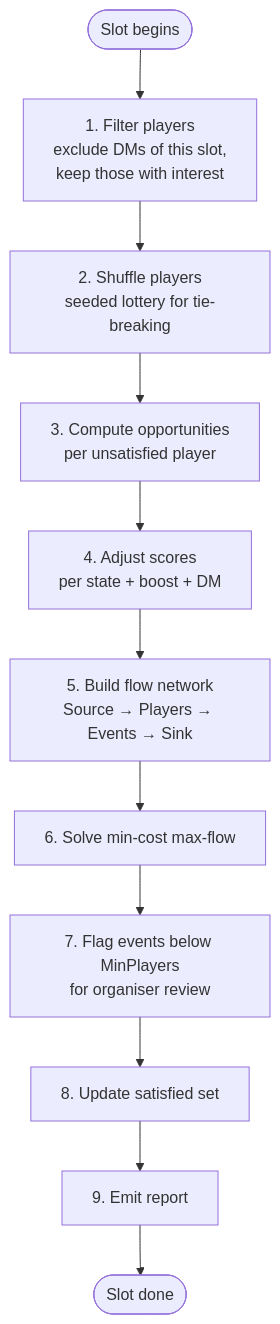
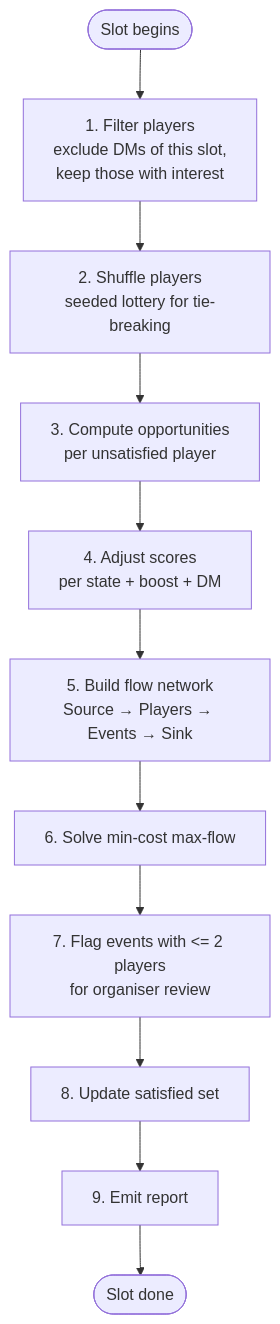
One commit to OskarLeirvaag/Puljefordeling changed the second of 5 diagrams in ALGORITHM.md. Above: the diagram before and after it, drawn with Mermaid. The commit also changed other lines of this file and 12 other files, not shown here.

````diff
--- a/ALGORITHM.md
+++ b/ALGORITHM.md
@@ -53,13 +53,13 @@
 ```mermaid
 flowchart TD
     A([Slot begins]) --> B[1. Filter players\nexclude DMs of this slot,\nkeep those with interest]
     B --> C[2. Shuffle players\nseeded lottery for tie-breaking]
     C --> D[3. Compute opportunities\nper unsatisfied player]
     D --> E[4. Adjust scores\nper state + boost + DM]
     E --> F[5. Build flow network\nSource → Players → Events → Sink]
     F --> G[6. Solve min-cost max-flow]
-    G --> H[7. Flag events below MinPlayers\nfor organiser review]
+    G --> H[7. Flag events with <= 2 players\nfor organiser review]
     H --> I[8. Update satisfied set]
     I --> J[9. Emit report]
     J --> End([Slot done])
 ```
````
